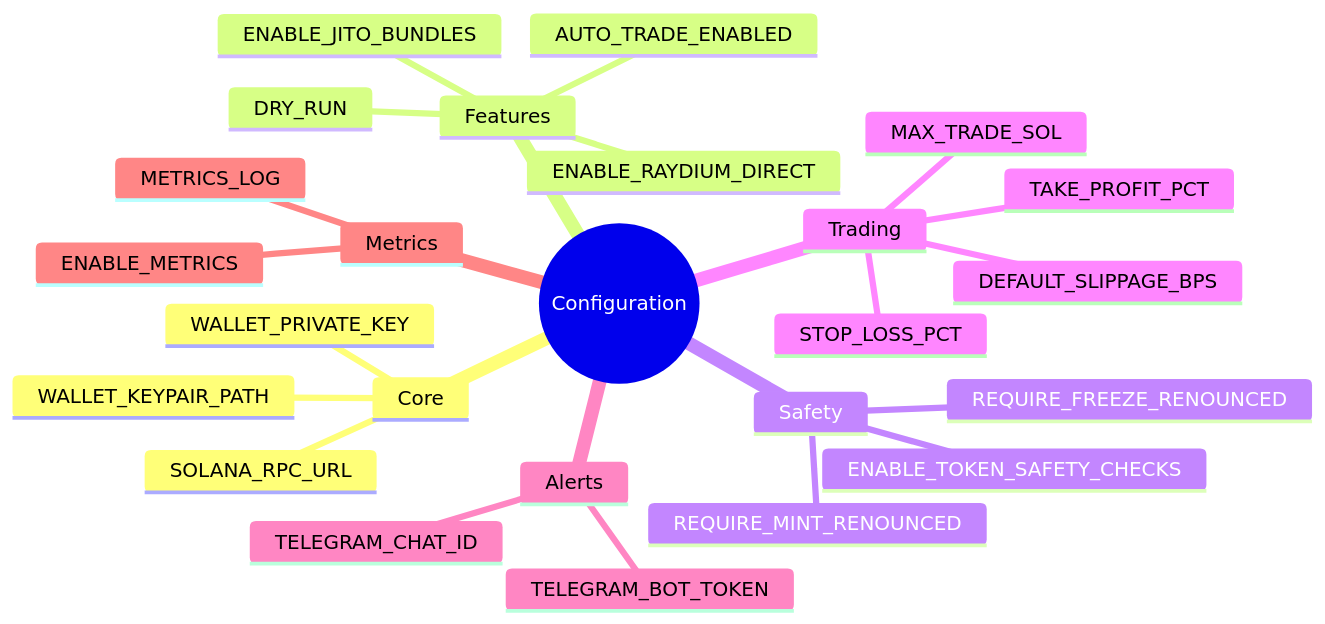
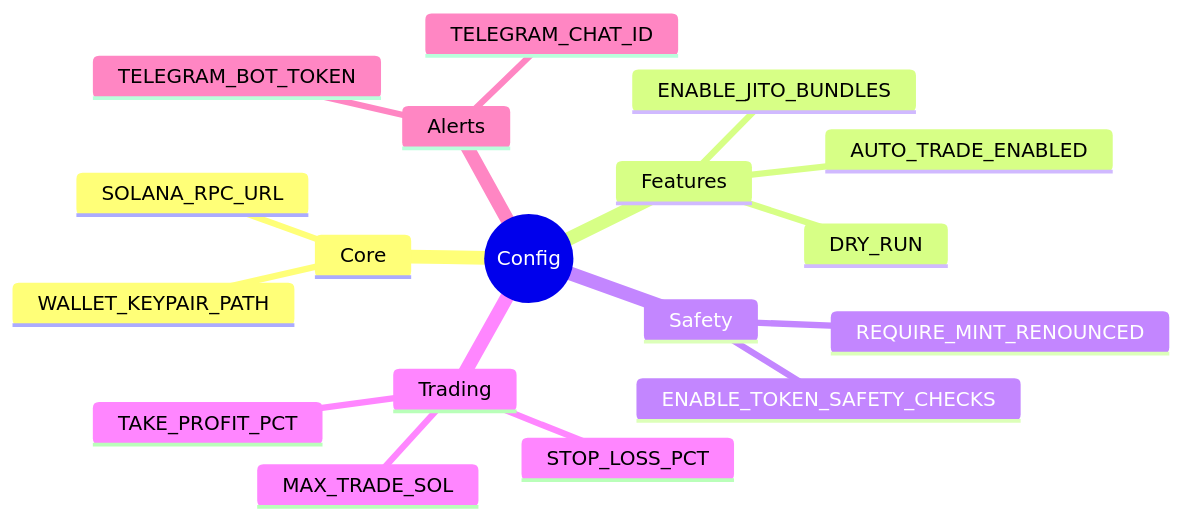
One commit to blablablasealsaresoft/pumpfun-intelligence changed the ninth of 15 diagrams in README.md. Above: the diagram before and after it, drawn with Mermaid. The commit also changed other lines of this file, not shown here.

````diff
--- a/README.md
+++ b/README.md
@@ -489,28 +412,21 @@
 ```mermaid
 mindmap
-  root((Configuration))
+  root((Config))
     Core
       SOLANA_RPC_URL
       WALLET_KEYPAIR_PATH
-      WALLET_PRIVATE_KEY
     Features
       AUTO_TRADE_ENABLED
       DRY_RUN
       ENABLE_JITO_BUNDLES
-      ENABLE_RAYDIUM_DIRECT
     Safety
       ENABLE_TOKEN_SAFETY_CHECKS
       REQUIRE_MINT_RENOUNCED
-      REQUIRE_FREEZE_RENOUNCED
     Trading
       MAX_TRADE_SOL
-      DEFAULT_SLIPPAGE_BPS
       TAKE_PROFIT_PCT
       STOP_LOSS_PCT
     Alerts
       TELEGRAM_BOT_TOKEN
       TELEGRAM_CHAT_ID
-    Metrics
-      ENABLE_METRICS
-      METRICS_LOG
 ```
````
